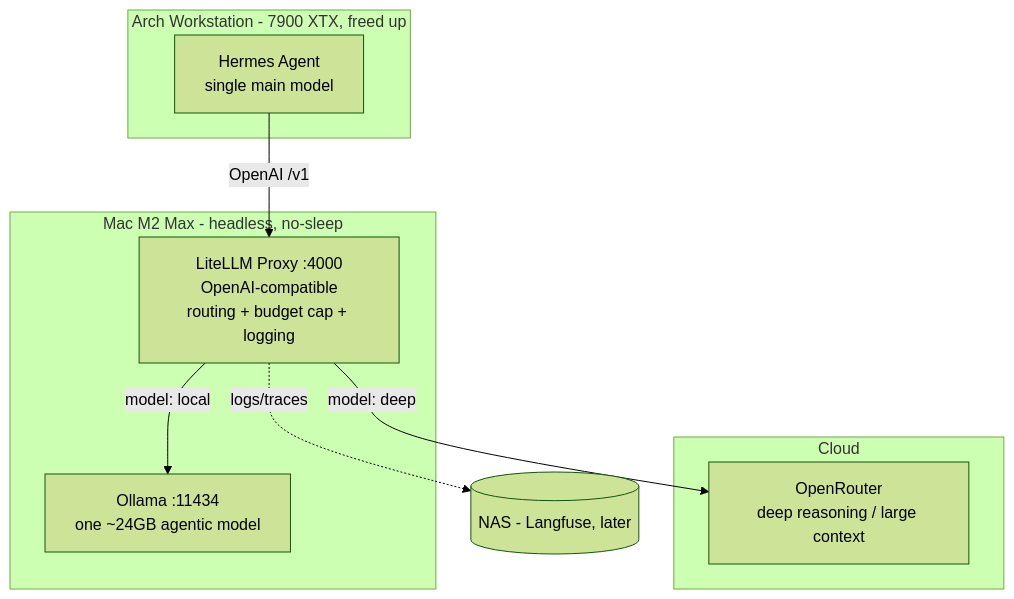
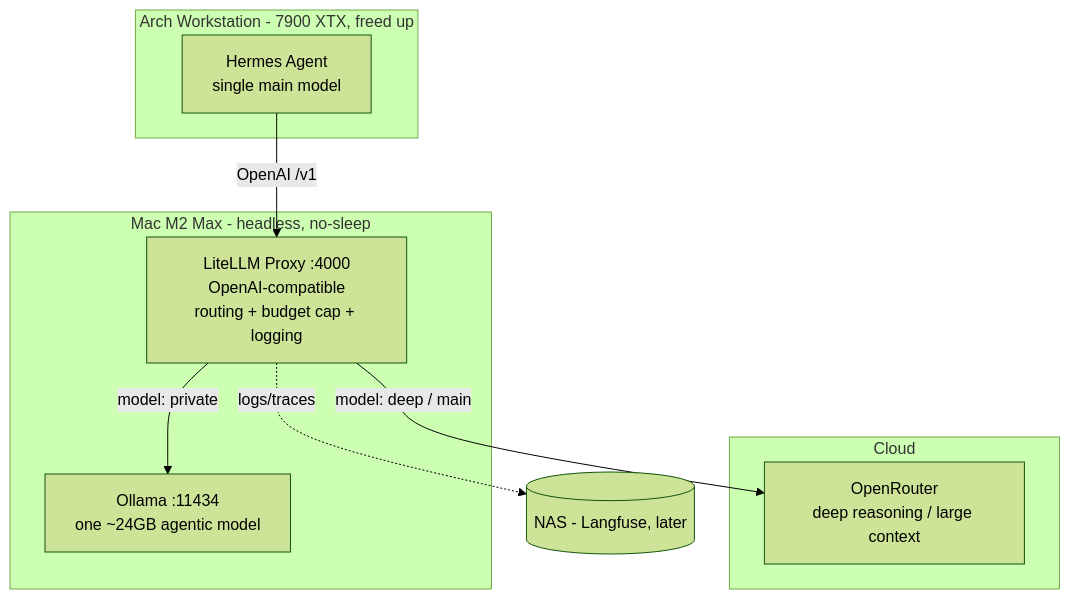
One commit to DerTechie/AISetup changed the diagram in README.md. Above: the diagram before and after it, drawn with Mermaid (forest theme). The commit also changed other lines of this file, not shown here.

````diff
--- a/README.md
+++ b/README.md
@@ -13,19 +13,19 @@
 ```mermaid
 graph TD
     subgraph Arch[Arch Workstation - 7900 XTX, freed up]
         H[Hermes Agent<br/>single main model]
     end
     subgraph Mac[Mac M2 Max - headless, no-sleep]
         L[LiteLLM Proxy :4000<br/>OpenAI-compatible<br/>routing + budget cap + logging]
         O[Ollama :11434<br/>one ~24GB agentic model]
-        L -->|model: local| O
+        L -->|model: private| O
     end
     subgraph Cloud[Cloud]
         OR[OpenRouter<br/>deep reasoning / large context]
     end
     NAS[(NAS - Langfuse, later)]
 
     H -->|OpenAI /v1| L
-    L -->|model: deep| OR
+    L -->|model: deep / main| OR
     L -. logs/traces .-> NAS
 ```
````
